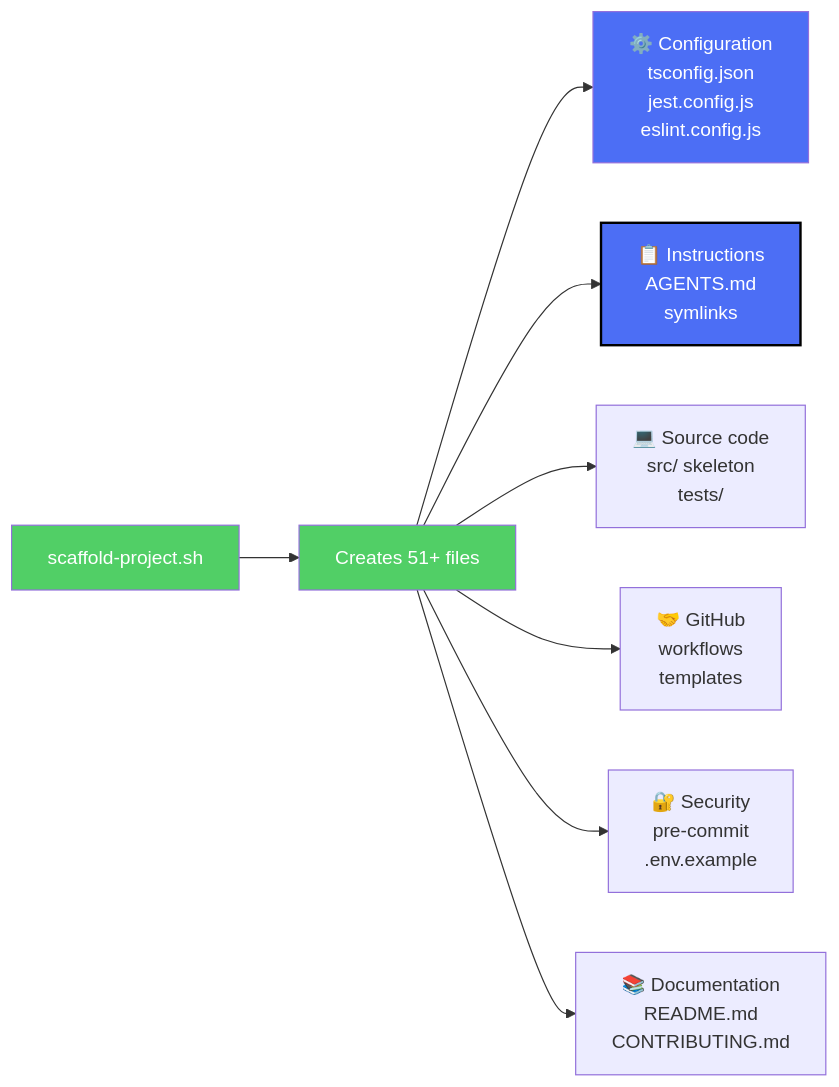
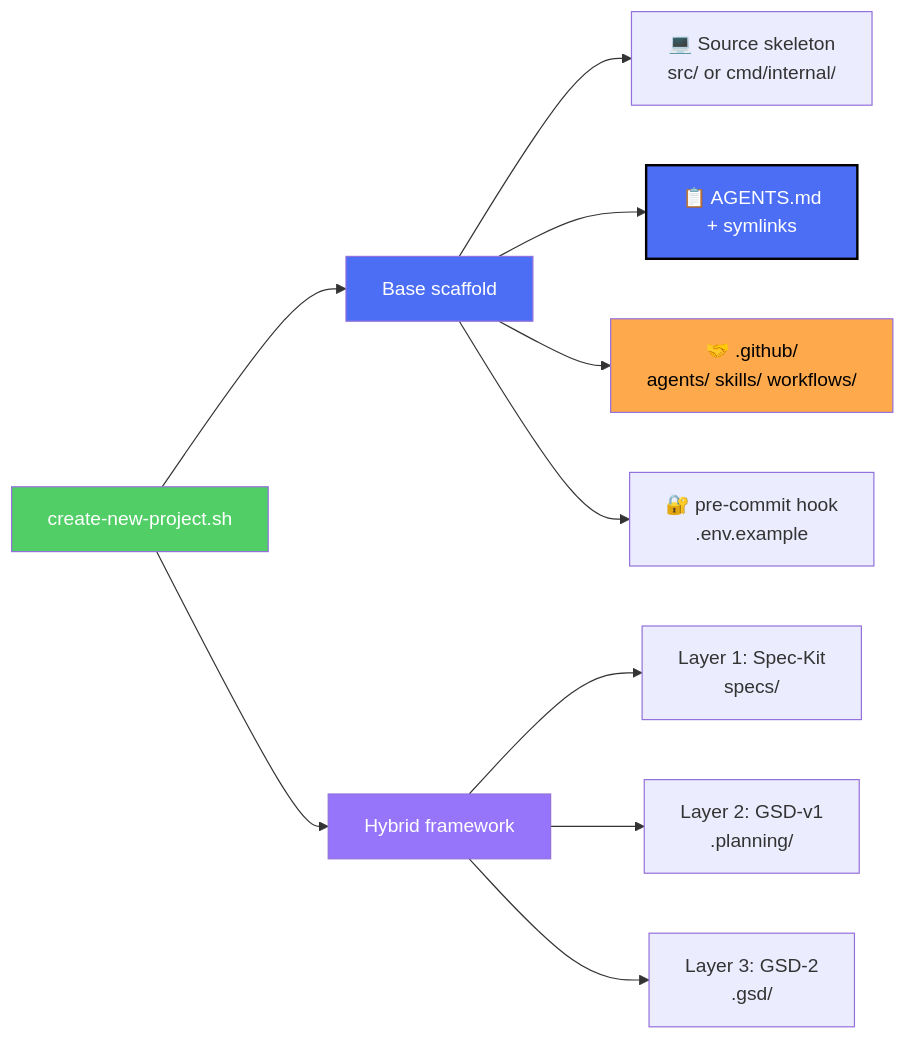
Before and after one commit to lfarizav/hdd-gsd2-hybrid-framework: the first of 2 diagrams in docs/GETTING_STARTED.md, drawn with Mermaid. The commit also changed other lines of this file and 4 other files, not shown here.

````diff
--- a/docs/GETTING_STARTED.md
+++ b/docs/GETTING_STARTED.md
@@ -55,16 +68,20 @@
 ```mermaid
 graph LR
-    Script["scaffold-project.sh"] --> Creates["Creates 51+ files"]
+    Script["create-new-project.sh"] --> Base["Base scaffold"]
+    Script --> Hybrid["Hybrid framework"]
 
-    Creates --> Config["⚙️ Configuration<br/>tsconfig.json<br/>jest.config.js<br/>eslint.config.js"]
-    Creates --> Instructions["📋 Instructions<br/>AGENTS.md<br/>symlinks"]
-    Creates --> Code["💻 Source code<br/>src/ skeleton<br/>tests/"]
-    Creates --> GitHub["🤝 GitHub<br/>workflows<br/>templates"]
-    Creates --> Security["🔐 Security<br/>pre-commit<br/>.env.example"]
-    Creates --> Docs["📚 Documentation<br/>README.md<br/>CONTRIBUTING.md"]
+    Base --> Code["💻 Source skeleton<br/>src/ or cmd/internal/"]
+    Base --> Instructions["📋 AGENTS.md<br/>+ symlinks"]
+    Base --> GitHub["🤝 .github/<br/>agents/ skills/ workflows/"]
+    Base --> Security["🔐 pre-commit hook<br/>.env.example"]
+
+    Hybrid --> Spec["Layer 1: Spec-Kit<br/>specs/"]
+    Hybrid --> Plan["Layer 2: GSD-v1<br/>.planning/"]
+    Hybrid --> Exec["Layer 3: GSD-2<br/>.gsd/"]
 
     style Script fill:#51cf66,color:#fff
-    style Creates fill:#51cf66,color:#fff
-    style Config fill:#4c6ef5,color:#fff
+    style Base fill:#4c6ef5,color:#fff
+    style Hybrid fill:#9775fa,color:#fff
     style Instructions fill:#4c6ef5,color:#fff,stroke:#000,stroke-width:2px
+    style GitHub fill:#ffa94d,color:#000
 ```
````
